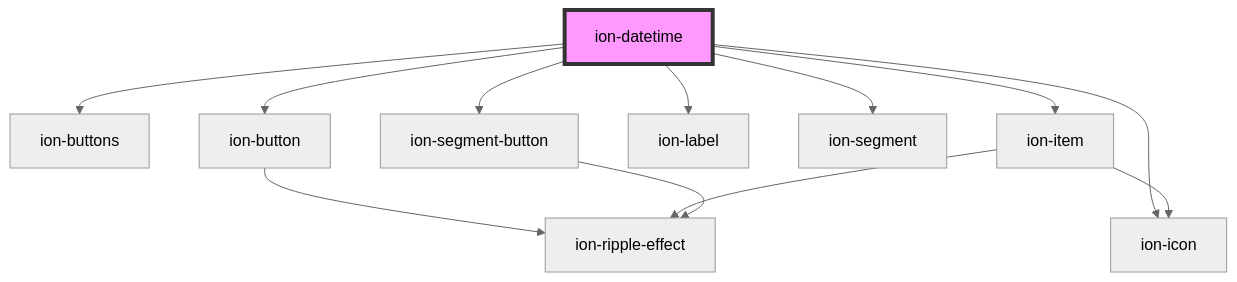
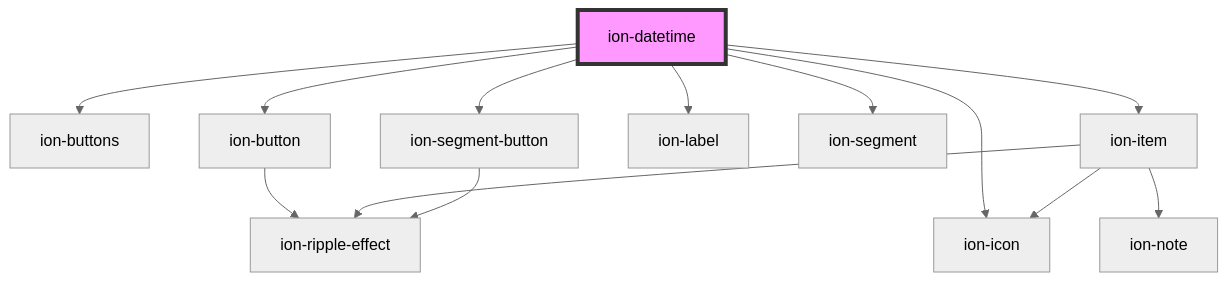
Before and after one commit to Ryu9425/ang_ionic: the diagram in core/src/components/datetime/readme.md, drawn with Mermaid (neutral theme). The commit also changed 20 other files, not shown here.

````diff
--- a/core/src/components/datetime/readme.md
+++ b/core/src/components/datetime/readme.md
@@ -614,15 +614,16 @@
 ```mermaid
 graph TD;
   ion-datetime --> ion-buttons
   ion-datetime --> ion-button
   ion-datetime --> ion-item
   ion-datetime --> ion-label
   ion-datetime --> ion-icon
   ion-datetime --> ion-segment
   ion-datetime --> ion-segment-button
   ion-button --> ion-ripple-effect
   ion-item --> ion-icon
   ion-item --> ion-ripple-effect
+  ion-item --> ion-note
   ion-segment-button --> ion-ripple-effect
   style ion-datetime fill:#f9f,stroke:#333,stroke-width:4px
 ```
````
